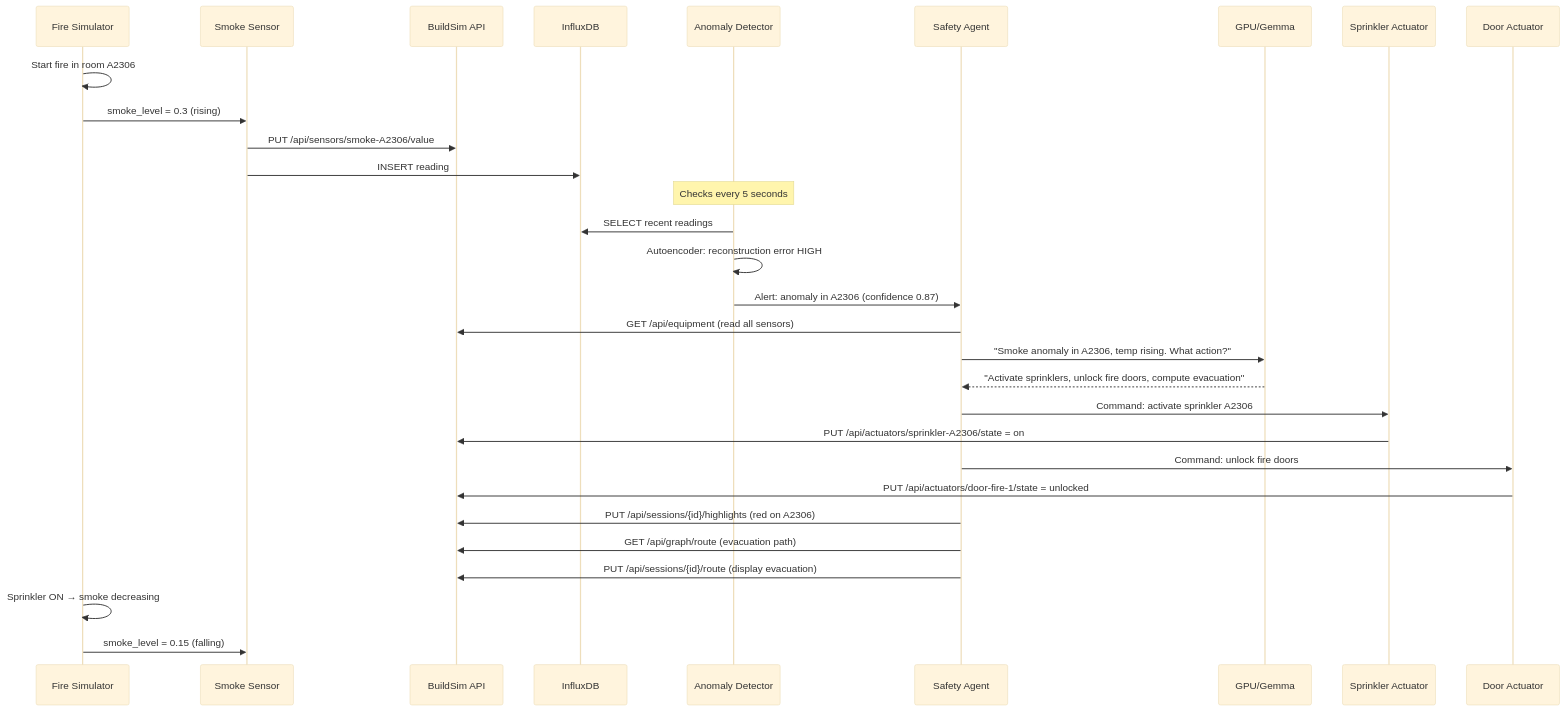
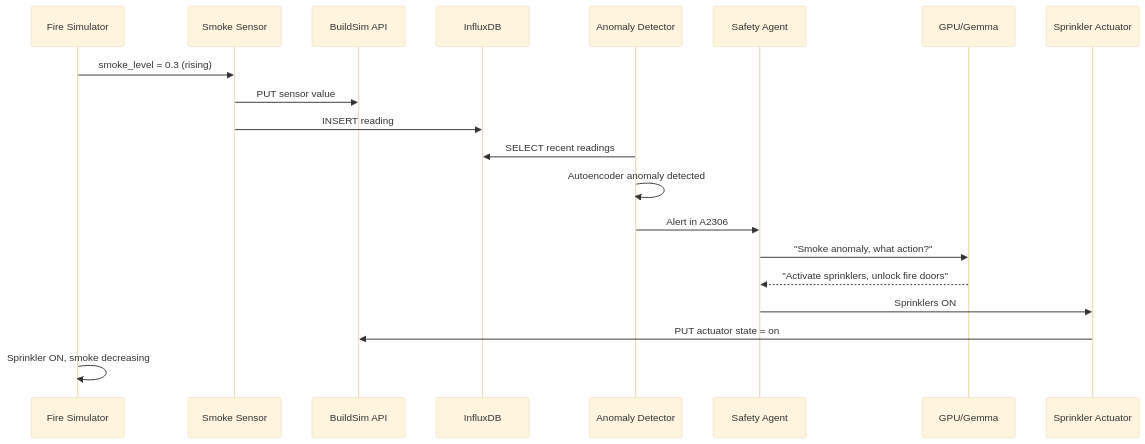
Before and after one commit to eislab-cps/D7065E: the sixth of 7 diagrams in lectures/lecture-0-introduction.md, drawn with Mermaid (base theme). The commit also changed other lines of this file, not shown here.

Commit message:
Restructure lecture 0: cleaner flow, viewpoints, less AI-generated style

````diff
--- a/lectures/lecture-0-introduction.md
+++ b/lectures/lecture-0-introduction.md
@@ -324,37 +271,23 @@
 ```mermaid
 sequenceDiagram
     participant SIM as Fire Simulator
     participant SMOKE as Smoke Sensor
     participant BS as BuildSim API
     participant DB as InfluxDB
     participant DET as Anomaly Detector
     participant AGENT as Safety Agent
     participant LLM as GPU/Gemma
     participant SPR as Sprinkler Actuator
-    participant DOOR as Door Actuator
     
-    SIM->>SIM: Start fire in room A2306
     SIM->>SMOKE: smoke_level = 0.3 (rising)
-    SMOKE->>BS: PUT /api/sensors/smoke-A2306/value
+    SMOKE->>BS: PUT sensor value
     SMOKE->>DB: INSERT reading
-    
-    Note over DET: Checks every 5 seconds
     DET->>DB: SELECT recent readings
-    DET->>DET: Autoencoder: reconstruction error HIGH
-    DET->>AGENT: Alert: anomaly in A2306 (confidence 0.87)
-    
-    AGENT->>BS: GET /api/equipment (read all sensors)
-    AGENT->>LLM: "Smoke anomaly in A2306, temp rising. What action?"
-    LLM-->>AGENT: "Activate sprinklers, unlock fire doors, compute evacuation"
-    
-    AGENT->>SPR: Command: activate sprinkler A2306
-    SPR->>BS: PUT /api/actuators/sprinkler-A2306/state = on
-    AGENT->>DOOR: Command: unlock fire doors
-    DOOR->>BS: PUT /api/actuators/door-fire-1/state = unlocked
-    AGENT->>BS: PUT /api/sessions/{id}/highlights (red on A2306)
-    AGENT->>BS: GET /api/graph/route (evacuation path)
-    AGENT->>BS: PUT /api/sessions/{id}/route (display evacuation)
-    
-    SIM->>SIM: Sprinkler ON → smoke decreasing
-    SIM->>SMOKE: smoke_level = 0.15 (falling)
+    DET->>DET: Autoencoder anomaly detected
+    DET->>AGENT: Alert in A2306
+    AGENT->>LLM: "Smoke anomaly, what action?"
+    LLM-->>AGENT: "Activate sprinklers, unlock fire doors"
+    AGENT->>SPR: Sprinklers ON
+    SPR->>BS: PUT actuator state = on
+    SIM->>SIM: Sprinkler ON, smoke decreasing
 ```
````
